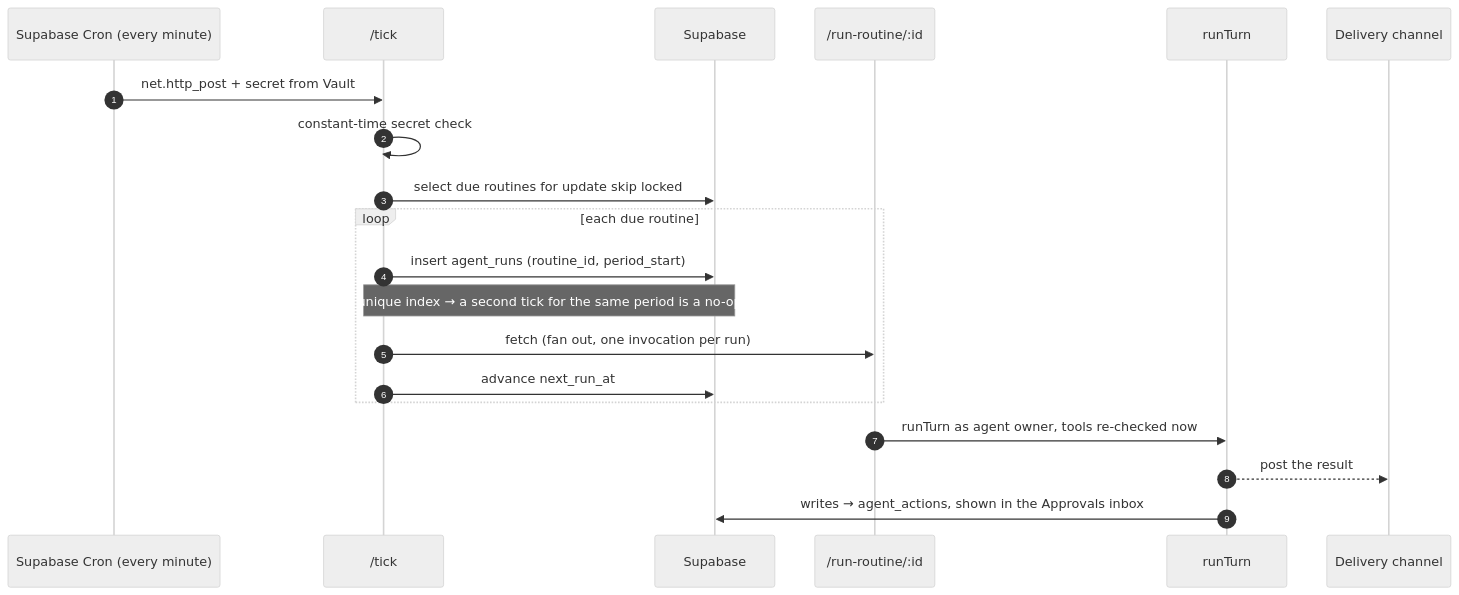
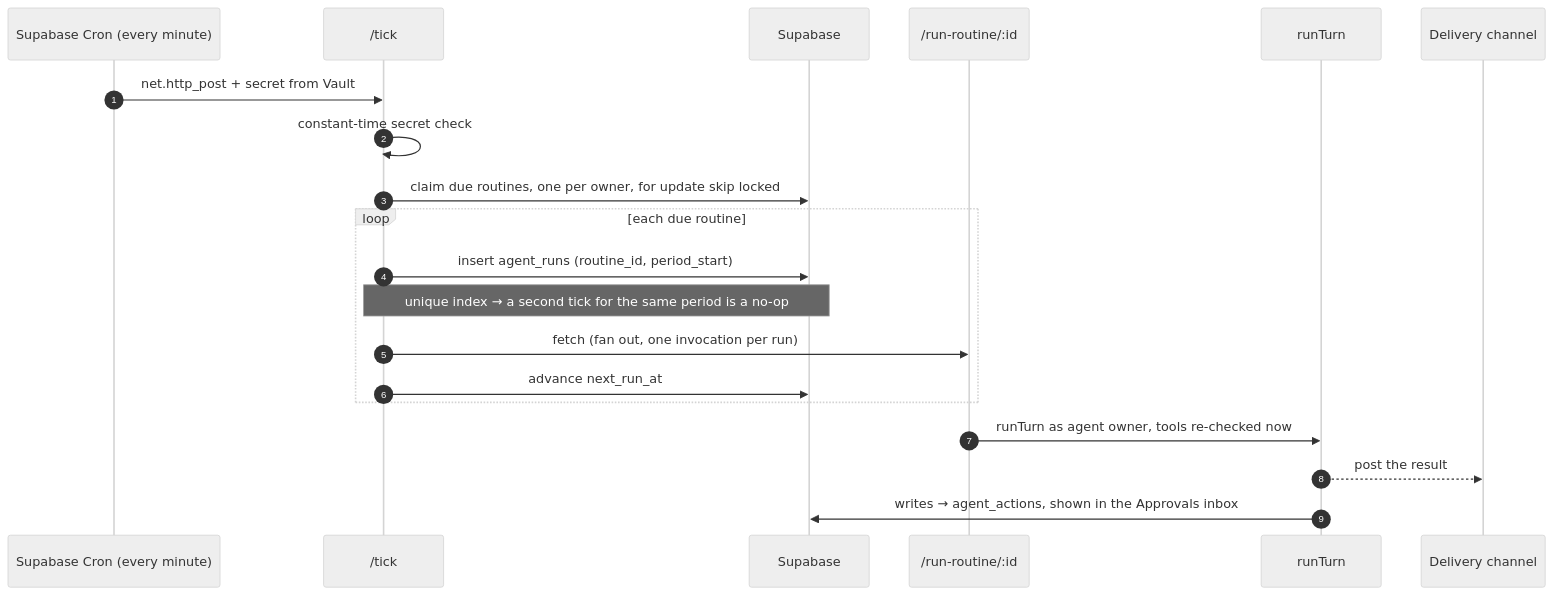
The fifth of 6 diagrams in docs/architecture.md (mitch-zink/agent-template), drawn with Mermaid (neutral theme) before and after one commit. The commit also changed other lines of this file and 2 other files, not shown here.

Commit message:
Stop one owner from filling the scheduler claim window (#5)
* Stop one owner from filling the scheduler claim window

The claim took the 25 oldest due routines with no per-owner limit, so a
user with 25 always-due rows was the entire batch every minute. Claim at
most one due routine per owner, cap an owner at 20 routines, and clamp
past next_run_at on authenticated writes.

* Keep an overdue routine's schedule when an edit does not change it

The write guard clamped next_run_at to now() on every authenticated
update of an already-due row. Editing another column dropped its age,
and a stale full-row save of the previous time re-armed a routine the
tick had already advanced, under a new period_start. Clamp past times
on insert, and on update only when the caller moves the schedule earlier.

---------

````diff
--- a/docs/architecture.md
+++ b/docs/architecture.md
@@ -203,23 +203,23 @@
 ```mermaid
 sequenceDiagram
   autonumber
   participant CR as Supabase Cron (every minute)
   participant T as /tick
   participant DB as Supabase
   participant RR as /run-routine/:id
   participant C as runTurn
   participant CH as Delivery channel
 
   CR->>T: net.http_post + secret from Vault
   T->>T: constant-time secret check
-  T->>DB: select due routines for update skip locked
+  T->>DB: claim due routines, one per owner, for update skip locked
   loop each due routine
     T->>DB: insert agent_runs (routine_id, period_start)
     Note over T,DB: unique index → a second tick for the same period is a no-op
     T->>RR: fetch (fan out, one invocation per run)
     T->>DB: advance next_run_at
   end
   RR->>C: runTurn as agent owner, tools re-checked now
   C-->>CH: post the result
   C->>DB: writes → agent_actions, shown in the Approvals inbox
 ```
````
